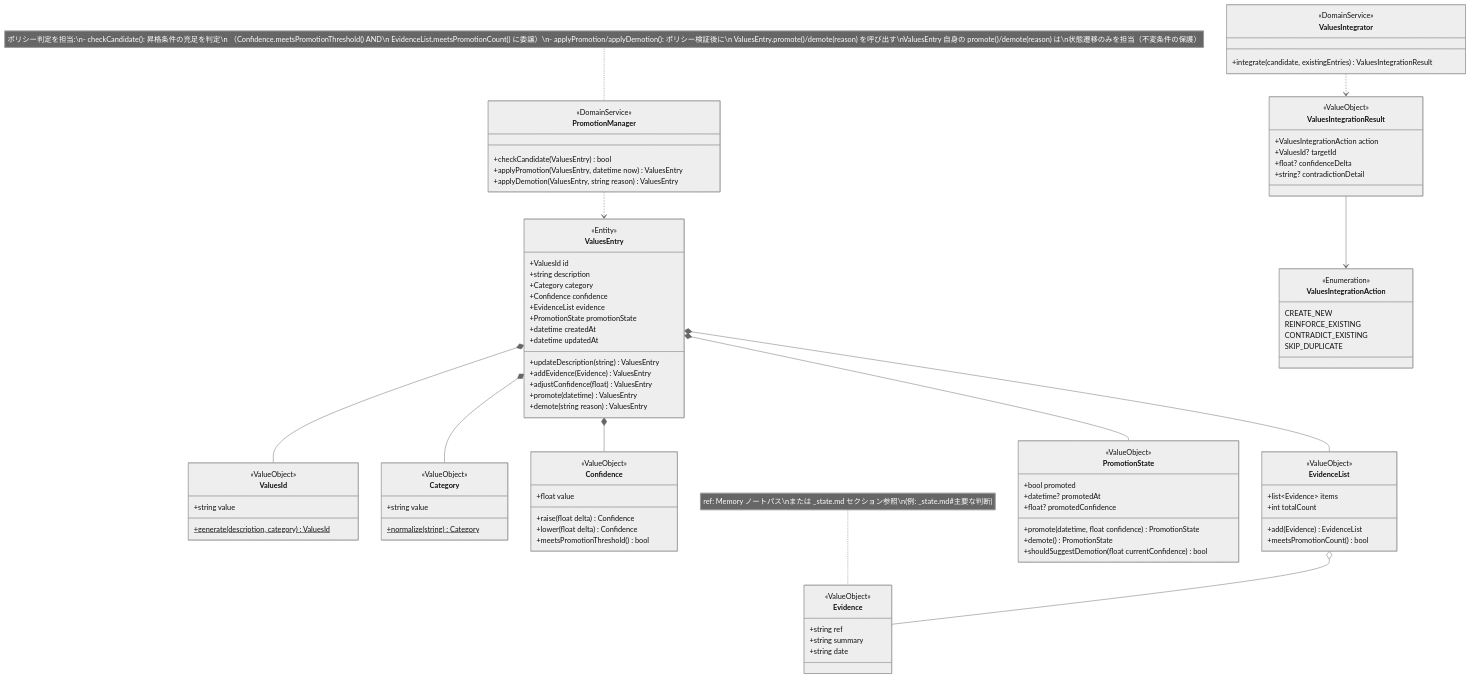
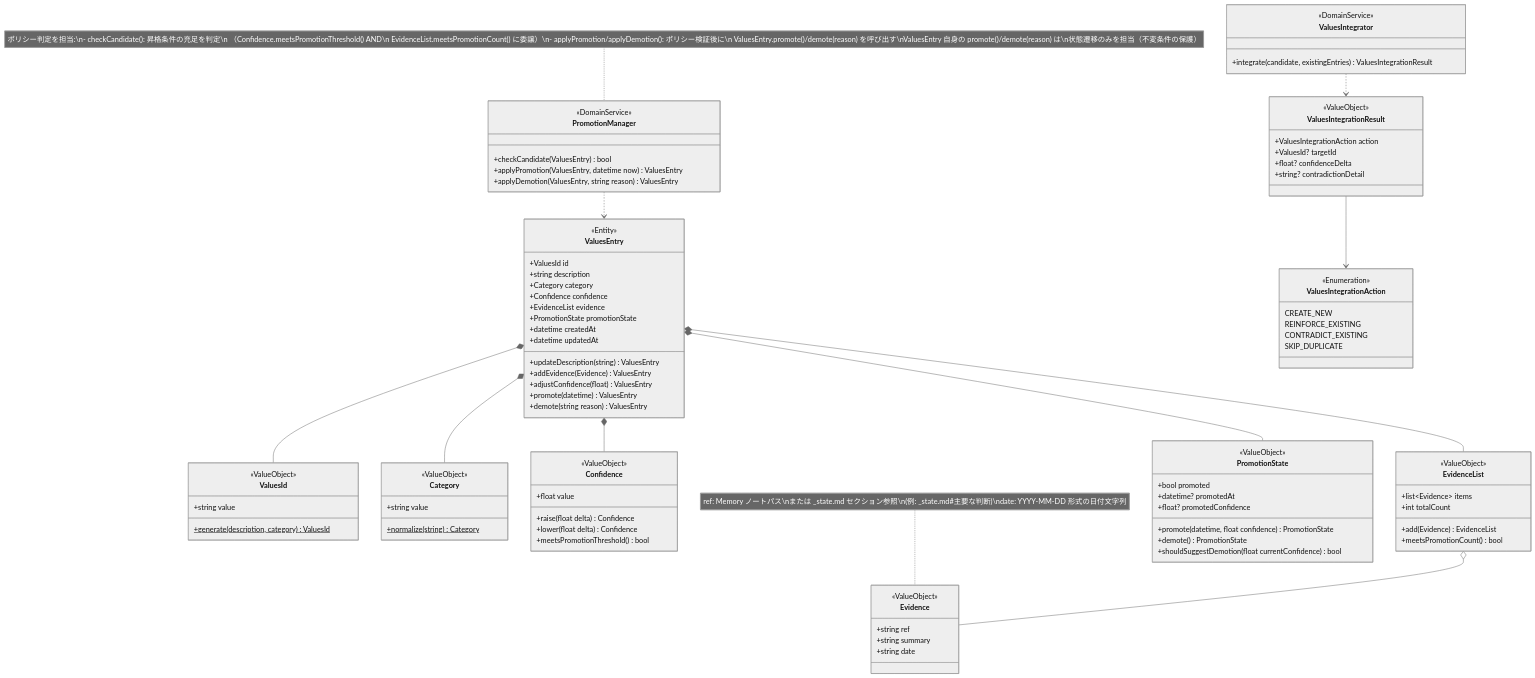
Before and after one commit to RK0429/agentic-memory: the third of 6 diagrams in docs/design/DOMAIN-MODEL-knowledge-values.md, drawn with Mermaid (neutral theme). The commit also changed other lines of this file and 2 other files, not shown here.

```diff
--- a/docs/design/DOMAIN-MODEL-knowledge-values.md
+++ b/docs/design/DOMAIN-MODEL-knowledge-values.md
@@ -230,7 +232,7 @@
         +string date
     }
 
-    note for Evidence "ref: Memory ノートパス\nまたは _state.md セクション参照\n(例: _state.md#主要な判断)"
+    note for Evidence "ref: Memory ノートパス\nまたは _state.md セクション参照\n(例: _state.md#主要な判断)\ndate: YYYY-MM-DD 形式の日付文字列"
 
     class EvidenceList {
         <<ValueObject>>
```
